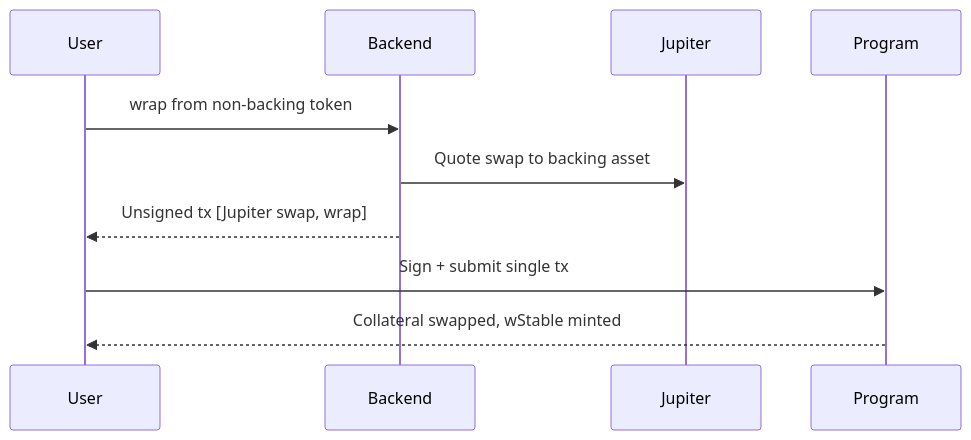
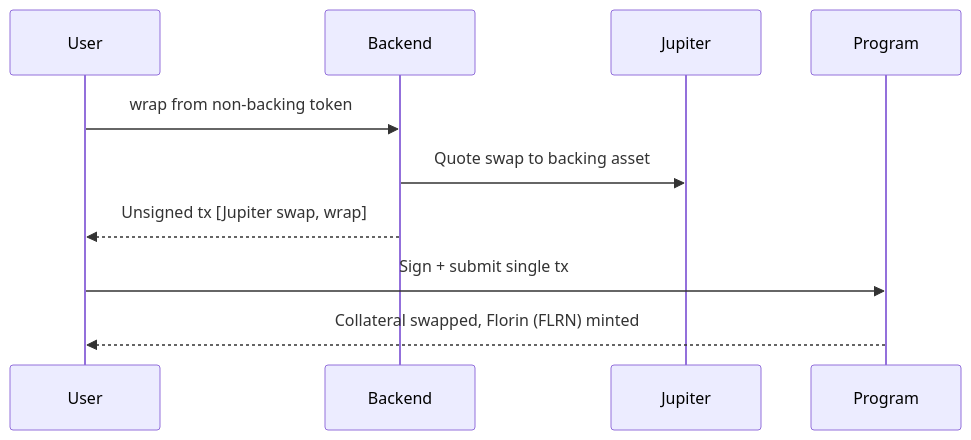
One commit to eregion-labs/wrap-stablecoin changed the fourth of 5 diagrams in wiki/Architecture.md. Above: the diagram before and after it, drawn with Mermaid. The commit also changed other lines of this file and 68 other files, not shown here.

````diff
--- a/wiki/Architecture.md
+++ b/wiki/Architecture.md
@@ -130,12 +130,12 @@
 ```mermaid
 sequenceDiagram
     participant U as User
     participant BE as Backend
     participant J as Jupiter
     participant P as Program
     U->>BE: wrap from non-backing token
     BE->>J: Quote swap to backing asset
     BE-->>U: Unsigned tx [Jupiter swap, wrap]
     U->>P: Sign + submit single tx
-    P-->>U: Collateral swapped, wStable minted
+    P-->>U: Collateral swapped, Florin (FLRN) minted
 ```
````
